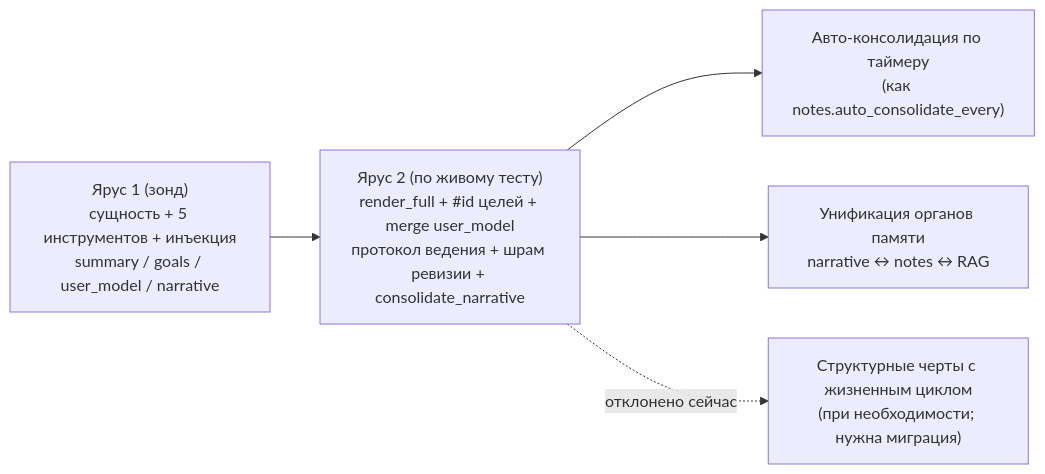
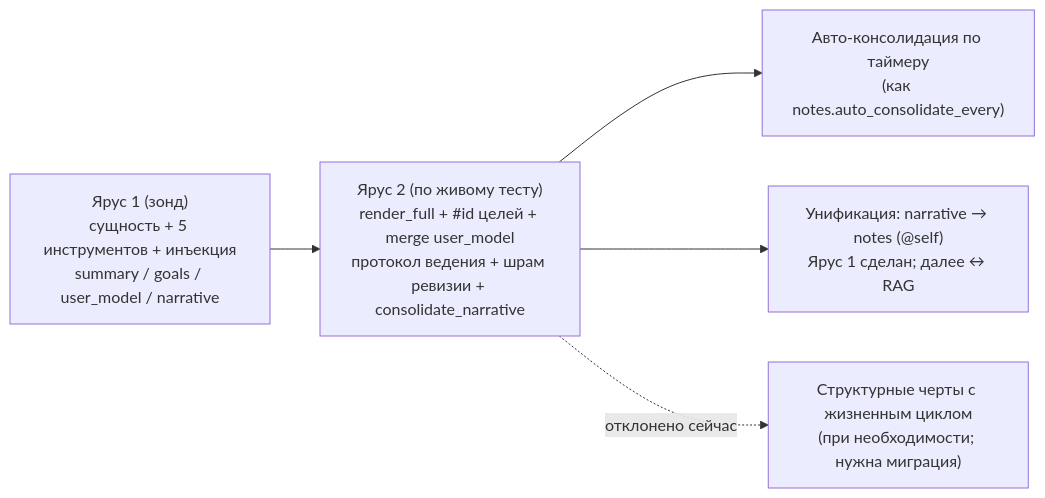
Before and after one commit to vshylov/mindfork-rs: diagram 15 of 17 in docs/architecture.md, drawn with Mermaid. The commit also changed other lines of this file and 2 other files, not shown here.

First line of the commit message:
docs: нарратив как заметки (Ярус 1) — журнал CLAUDE.md, architecture §9, статус

````diff
--- a/docs/architecture.md
+++ b/docs/architecture.md
@@ -983,12 +989,12 @@
 ```mermaid
 flowchart LR
     Y1["Ярус 1 (зонд)<br/>сущность + 5 инструментов + инъекция<br/>summary / goals / user_model / narrative"]
     Y2["Ярус 2 (по живому тесту)<br/>render_full + #id целей + merge user_model<br/>протокол ведения + шрам ревизии + consolidate_narrative"]
     F1["Авто-консолидация по таймеру<br/>(как notes.auto_consolidate_every)"]
-    F2["Унификация органов памяти<br/>narrative ↔ notes ↔ RAG"]
+    F2["Унификация: narrative → notes (@self)<br/>Ярус 1 сделан; далее ↔ RAG"]
     F3["Структурные черты с жизненным циклом<br/>(при необходимости; нужна миграция)"]
     Y1 --> Y2
     Y2 --> F1
     Y2 --> F2
     Y2 -.->|отклонено сейчас| F3
 ```
````
